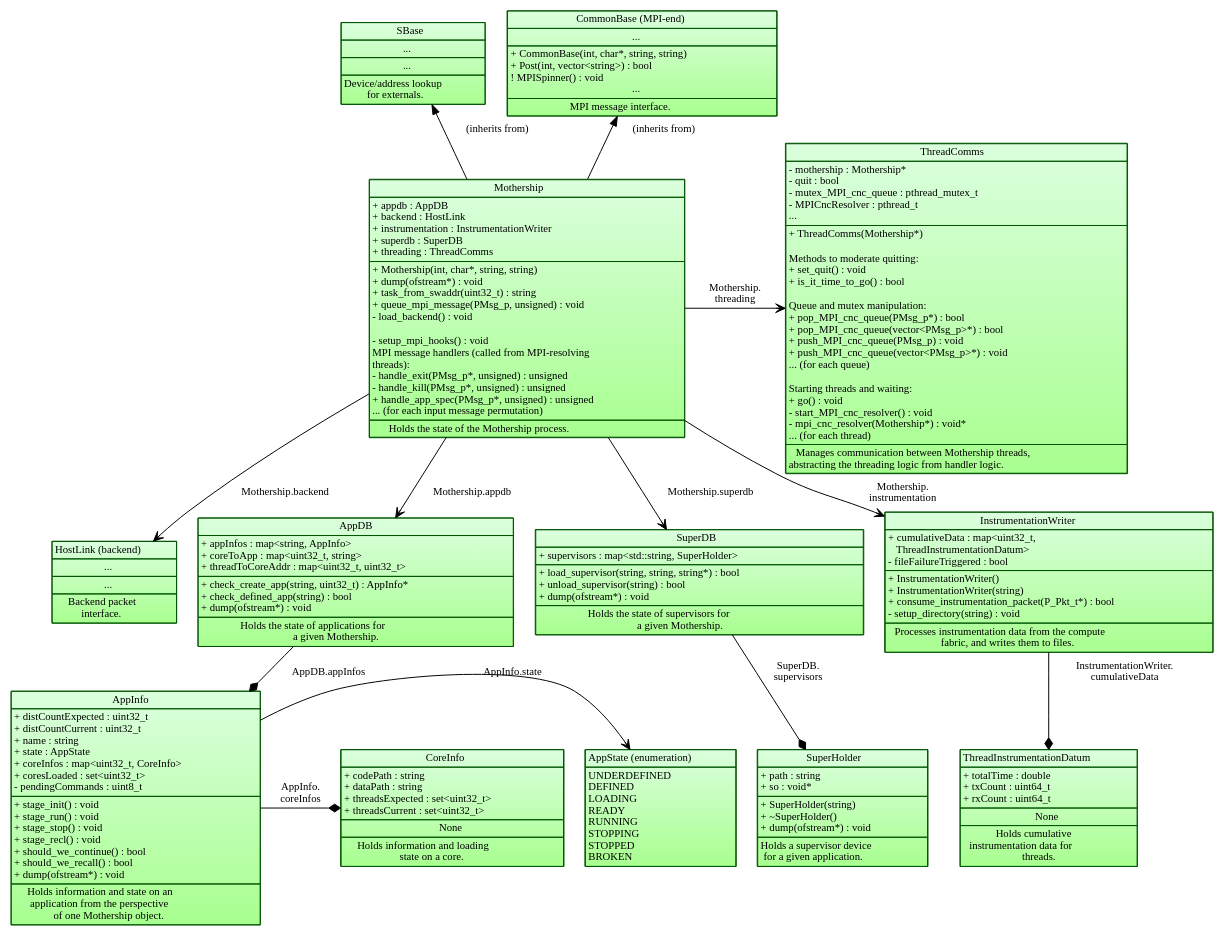
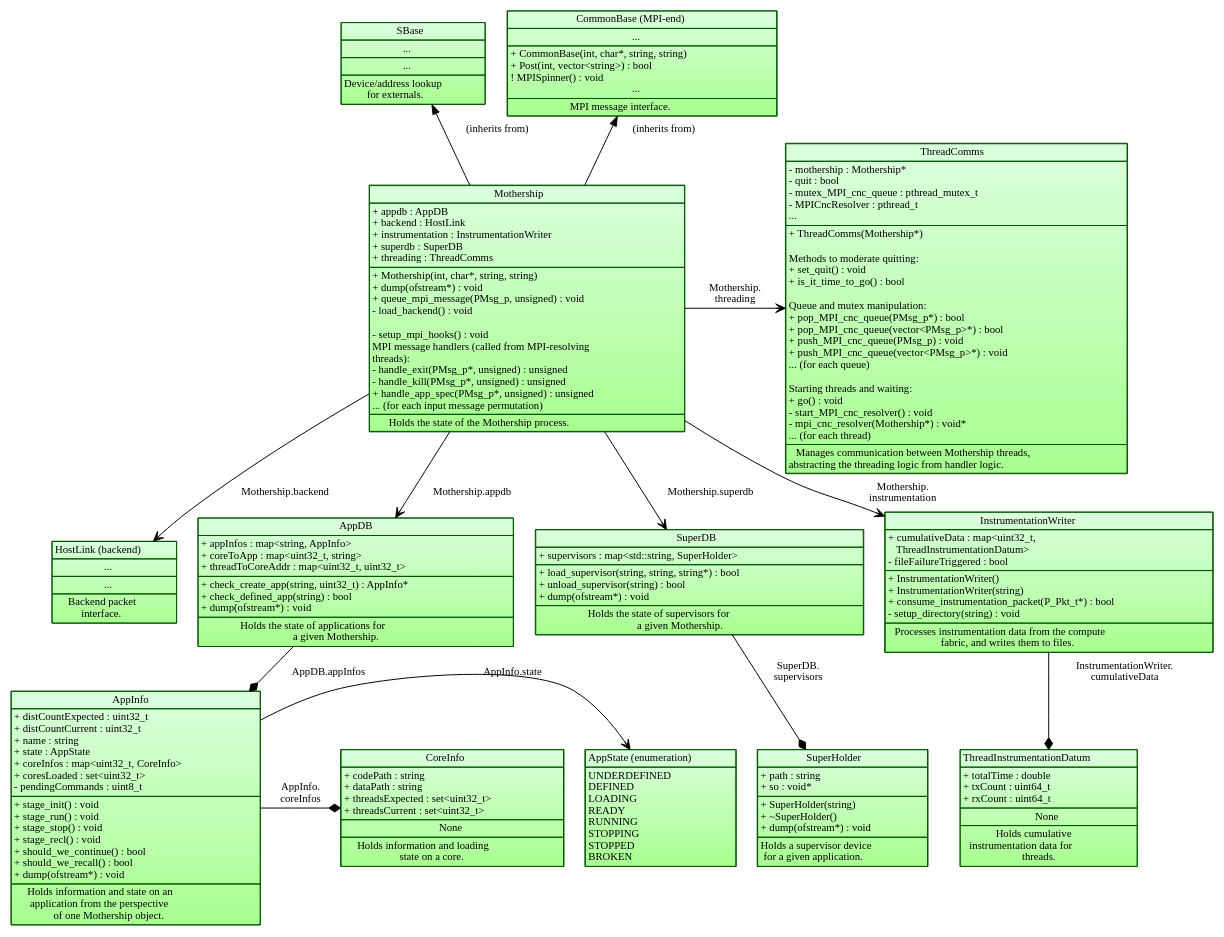
Before and after one commit to POETSII/orchestrator-documentation: the diagram in images/source/mothership_data_structure.dot, drawn with Graphviz.

Commit message:
Remove task_from_swaddr (it's not needed with the extra maps).

```diff
--- a/images/source/mothership_data_structure.dot
+++ b/images/source/mothership_data_structure.dot
@@ -206,7 +206,6 @@
 <TR><TD ALIGN="LEFT">
 + Mothership(int, char*, string, string)<BR ALIGN="LEFT"/>
 + dump(ofstream*) : void<BR ALIGN="LEFT"/>
-+ task_from_swaddr(uint32_t) : string<BR ALIGN="LEFT"/>
 + queue_mpi_message(PMsg_p, unsigned) : void<BR ALIGN="LEFT"/>
 - load_backend() : void<BR ALIGN="LEFT"/><BR ALIGN="LEFT"/>
 - setup_mpi_hooks() : void<BR ALIGN="LEFT"/>
```
